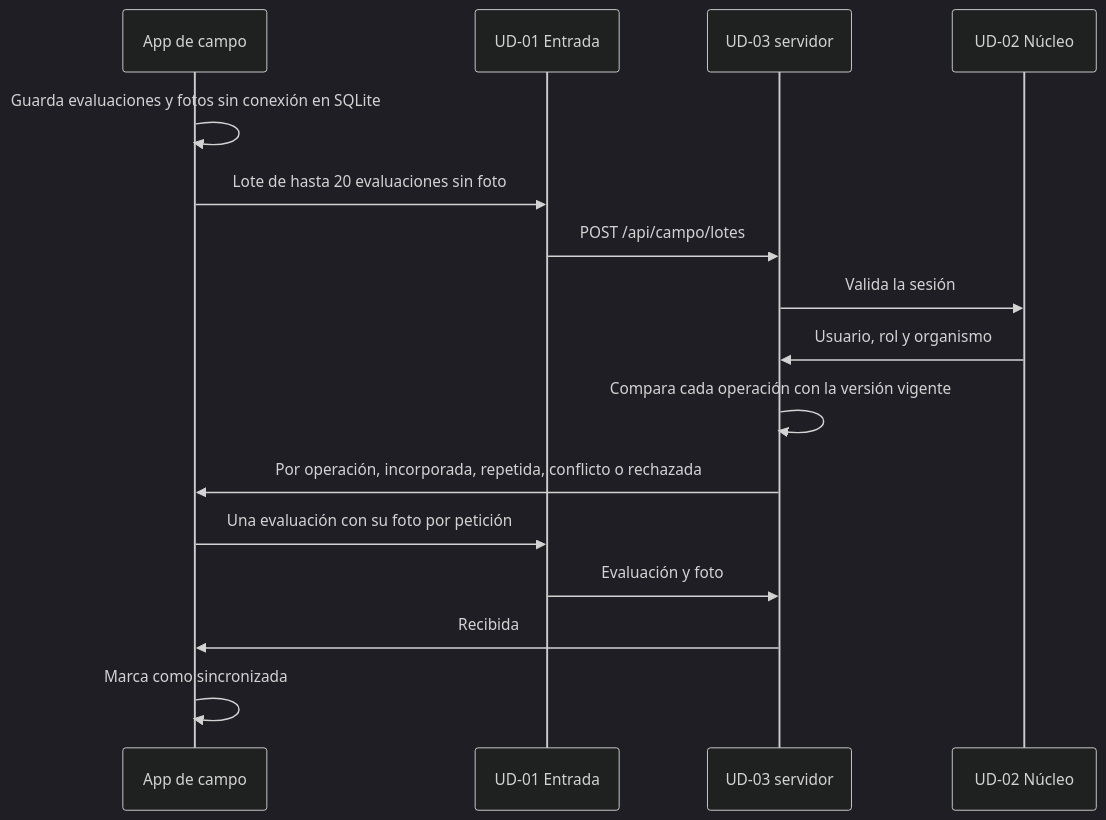
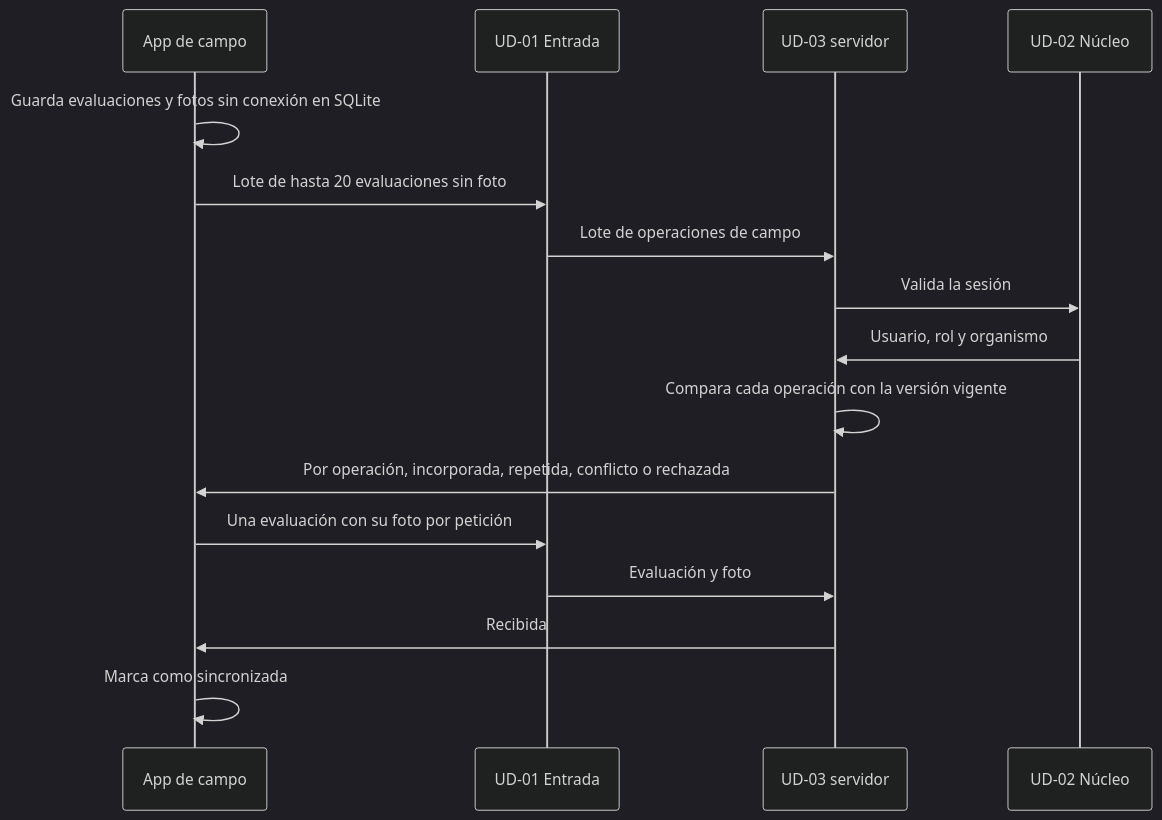
One commit to andreMD287/ProyectoArquiSW changed the fourth of 5 diagrams in documentacion/SAD_arc42.md. Above: the diagram before and after it, drawn with Mermaid (dark theme). The commit also changed other lines of this file and 4 other files, not shown here.

````diff
--- a/documentacion/SAD_arc42.md
+++ b/documentacion/SAD_arc42.md
@@ -447,18 +480,18 @@
 ```mermaid
 sequenceDiagram
   participant D as App de campo
   participant GW as UD-01 Entrada
   participant E as UD-03 servidor
   participant G as UD-02 Núcleo
   D->>D: Guarda evaluaciones y fotos sin conexión en SQLite
   D->>GW: Lote de hasta 20 evaluaciones sin foto
-  GW->>E: POST /api/campo/lotes
+  GW->>E: Lote de operaciones de campo
   E->>G: Valida la sesión
   G->>E: Usuario, rol y organismo
   E->>E: Compara cada operación con la versión vigente
   E->>D: Por operación, incorporada, repetida, conflicto o rechazada
   D->>GW: Una evaluación con su foto por petición
   GW->>E: Evaluación y foto
   E->>D: Recibida
   D->>D: Marca como sincronizada
 ```
````
